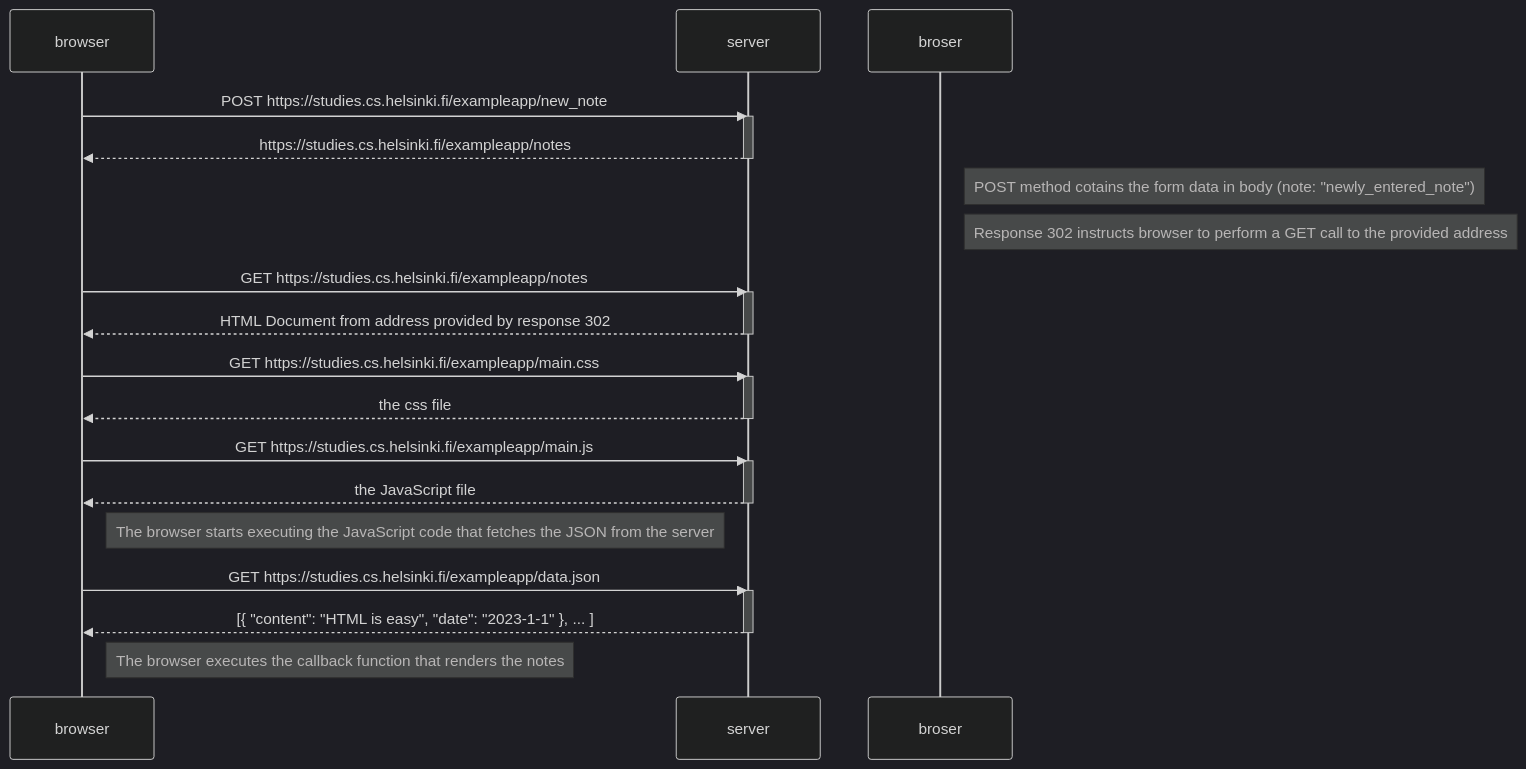
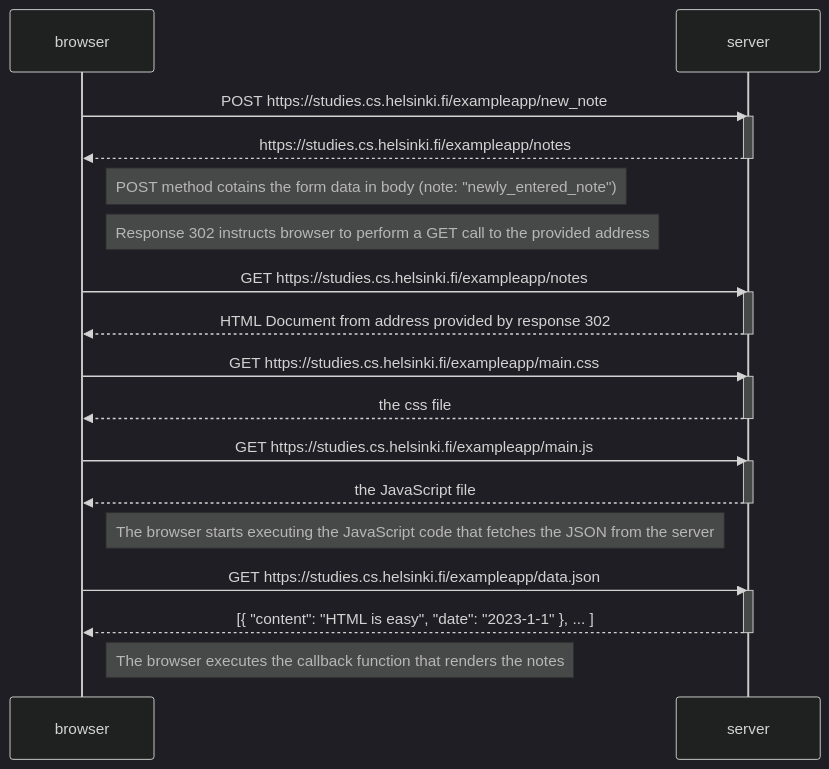
The diagram in part0/new_notes_diagram.md (po8po9/fullstackopen_mazzarella), drawn with Mermaid (dark theme) before and after one commit.

Commit message:
Update new_notes_diagram.md
corrected word "brouser"

````diff
--- a/part0/new_notes_diagram.md
+++ b/part0/new_notes_diagram.md
@@ -1,37 +1,37 @@
 ```mermaid
 sequenceDiagram
     participant browser
     participant server
 
     browser->>server: POST https://studies.cs.helsinki.fi/exampleapp/new_note
     activate server
     server-->>browser: https://studies.cs.helsinki.fi/exampleapp/notes
     deactivate server
 
-    Note right of broser: POST method cotains the form data in body (note: "newly_entered_note")
-    Note right of broser: Response 302 instructs browser to perform a GET call to the provided address
+    Note right of browser: POST method cotains the form data in body (note: "newly_entered_note")
+    Note right of browser: Response 302 instructs browser to perform a GET call to the provided address
 
     browser->>server: GET https://studies.cs.helsinki.fi/exampleapp/notes
     activate server
     server-->>browser: HTML Document from address provided by response 302
     deactivate server
 
     browser->>server: GET https://studies.cs.helsinki.fi/exampleapp/main.css
     activate server
     server-->>browser: the css file
     deactivate server
 
     browser->>server: GET https://studies.cs.helsinki.fi/exampleapp/main.js
     activate server
     server-->>browser: the JavaScript file
     deactivate server
 
     Note right of browser: The browser starts executing the JavaScript code that fetches the JSON from the server
 
     browser->>server: GET https://studies.cs.helsinki.fi/exampleapp/data.json
     activate server
     server-->>browser: [{ "content": "HTML is easy", "date": "2023-1-1" }, ... ]
     deactivate server
 
     Note right of browser: The browser executes the callback function that renders the notes
 ```
````
